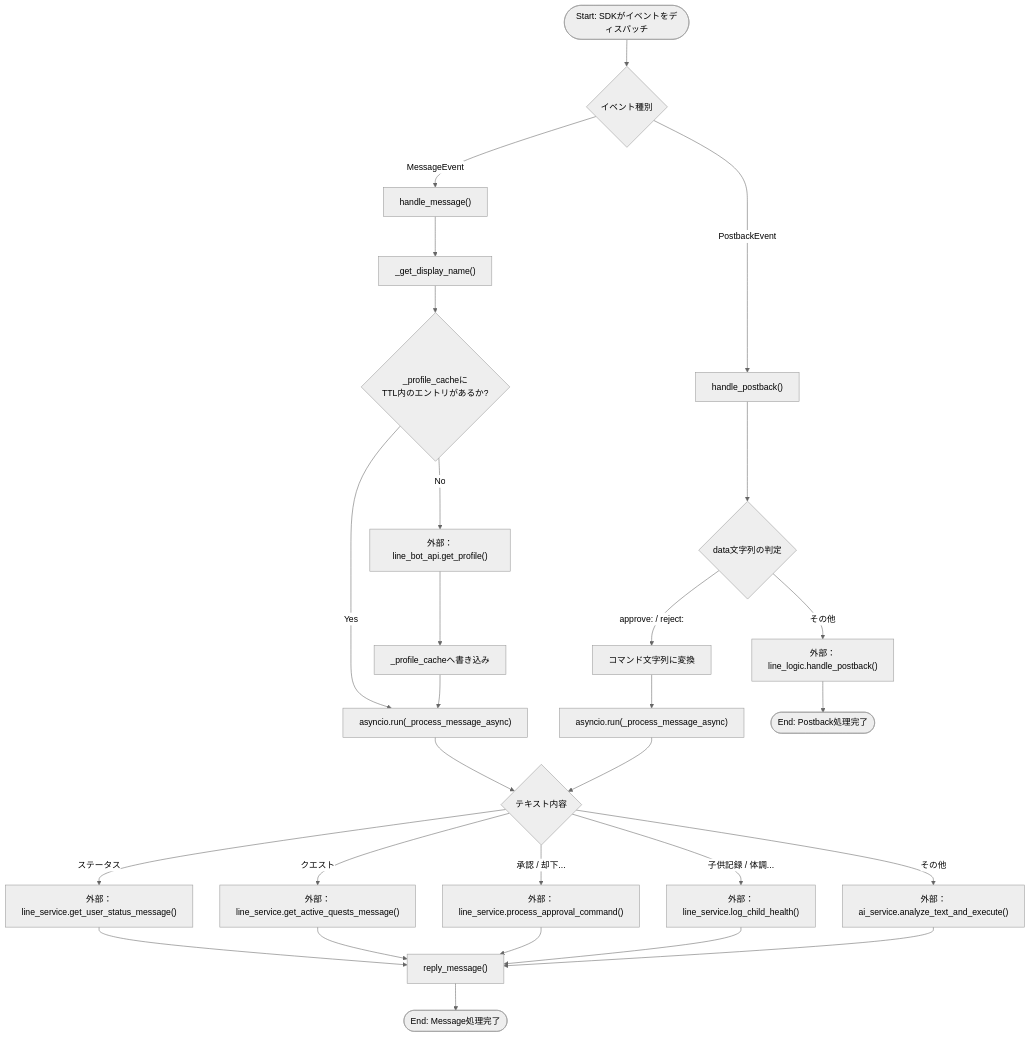
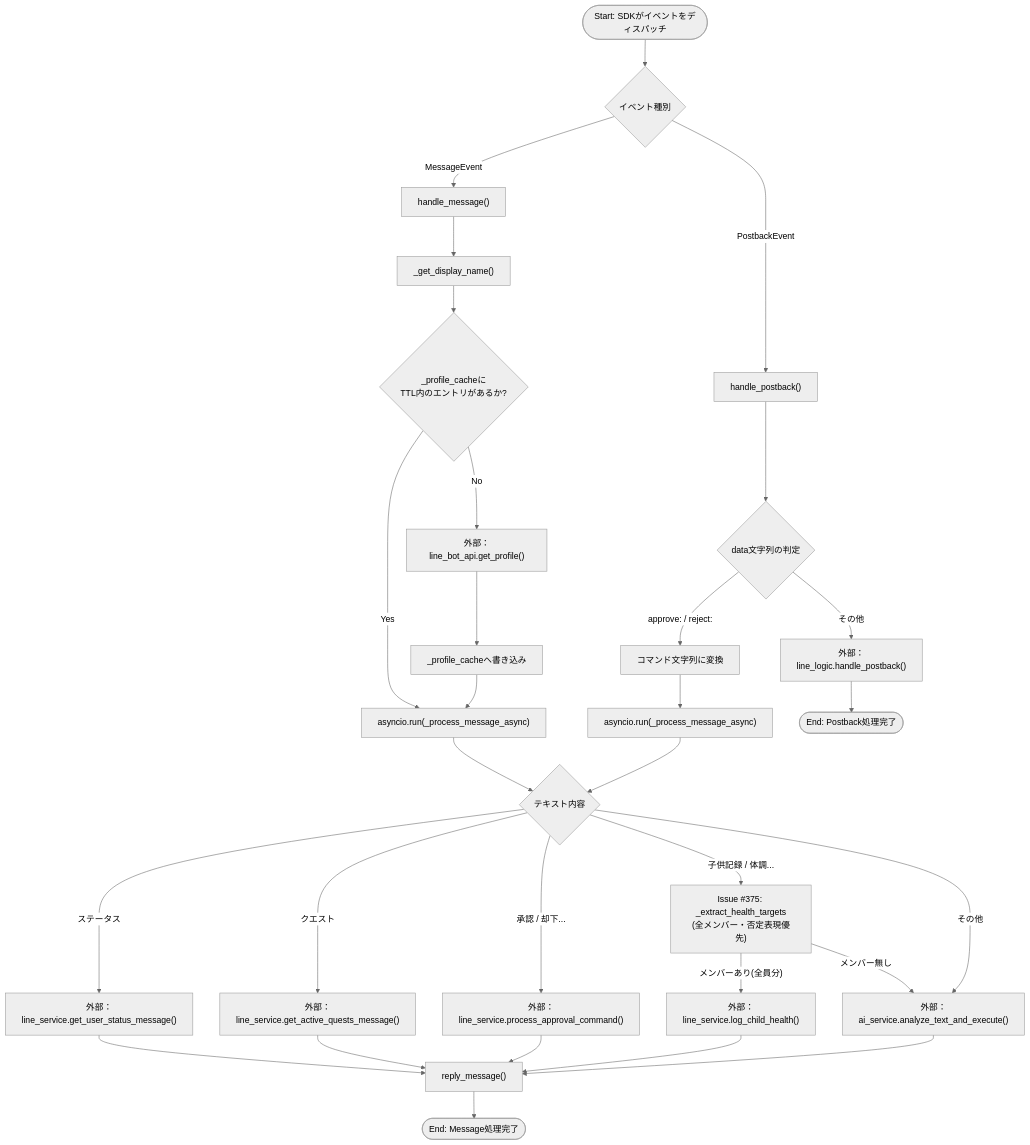
One commit to mmtigers/my_python_project changed the first of 2 diagrams in docs/specifications/MY_HOME_SYSTEM/line_handler.md. Above: the diagram before and after it, drawn with Mermaid (neutral theme). The commit also changed other lines of this file and 211 other files, not shown here.

````diff
--- a/docs/specifications/MY_HOME_SYSTEM/line_handler.md
+++ b/docs/specifications/MY_HOME_SYSTEM/line_handler.md
@@ -187,37 +287,39 @@
 ```mermaid
 flowchart TD
     Start([Start: SDKがイベントをディスパッチ]) --> RouteEvent{イベント種別}
     
     RouteEvent -- MessageEvent --> HandleMsg["handle_message()"]
     HandleMsg --> GetDisplayName["_get_display_name()"]
     GetDisplayName --> CacheHit{"_profile_cacheに<br>TTL内のエントリがあるか?"}
     CacheHit -- Yes --> RunAsyncMessage["asyncio.run(_process_message_async)"]
     CacheHit -- No --> GetProfile["外部：line_bot_api.get_profile()"]
     GetProfile --> UpdateCache["_profile_cacheへ書き込み"]
     UpdateCache --> RunAsyncMessage
     
     RouteEvent -- PostbackEvent --> HandlePostback["handle_postback()"]
     HandlePostback --> PostbackData{data文字列の判定}
     PostbackData -- "approve: / reject:" --> ParseData["コマンド文字列に変換"]
     ParseData --> RunAsyncPostback["asyncio.run(_process_message_async)"]
     PostbackData -- その他 --> LogicPostback["外部：line_logic.handle_postback()"]
     
     RunAsyncMessage --> MsgText{テキスト内容}
     RunAsyncPostback --> MsgText
     
     MsgText -- "ステータス" --> CallStatus["外部：line_service.get_user_status_message()"]
     MsgText -- "クエスト" --> CallQuest["外部：line_service.get_active_quests_message()"]
     MsgText -- "承認 / 却下..." --> CallApprove["外部：line_service.process_approval_command()"]
-    MsgText -- "子供記録 / 体調..." --> CallHealth["外部：line_service.log_child_health()"]
+    MsgText -- "子供記録 / 体調..." --> ExtractTargets["Issue #375: _extract_health_targets<br>(全メンバー・否定表現優先)"]
+    ExtractTargets -- "メンバー無し" --> CallAI
+    ExtractTargets -- "メンバーあり(全員分)" --> CallHealth["外部：line_service.log_child_health()"]
     MsgText -- その他 --> CallAI["外部：ai_service.analyze_text_and_execute()"]
     
     CallStatus --> Reply["reply_message()"]
     CallQuest --> Reply
     CallApprove --> Reply
     CallHealth --> Reply
     CallAI --> Reply
     
     LogicPostback --> EndPostback([End: Postback処理完了])
     Reply --> EndMessage([End: Message処理完了])
 
 ```
````
